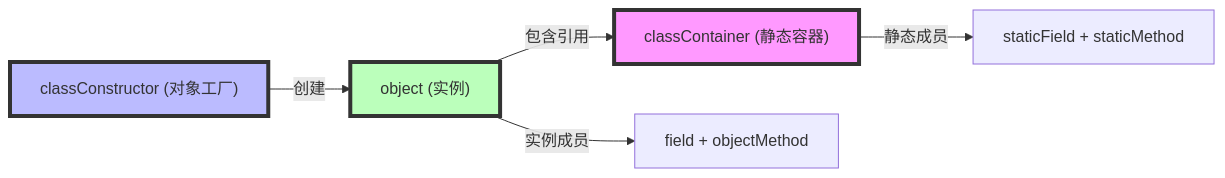
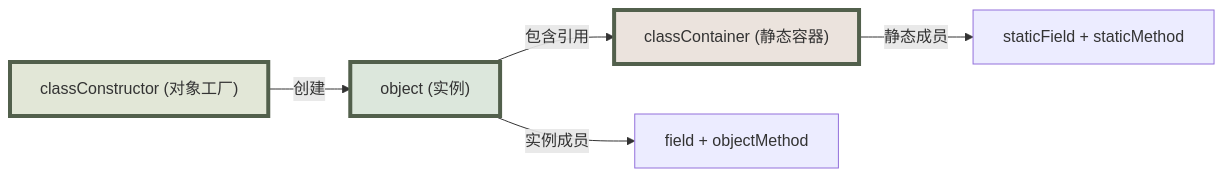
One commit to yaklang/ssa.to changed the first of 12 diagrams in static-analysis-guide/deep-dive-into-ssa-oop.mdx. Above: the diagram before and after it, drawn with Mermaid. The commit also changed other lines of this file and 91 other files, not shown here.

````diff
--- a/static-analysis-guide/deep-dive-into-ssa-oop.mdx
+++ b/static-analysis-guide/deep-dive-into-ssa-oop.mdx
@@ -117,16 +125,16 @@
 ```mermaid
 graph LR
     A["classContainer (静态容器)"]
     B["classConstructor (对象工厂)"]
     C["object (实例)"]
     
     A -->|"静态成员"| D["staticField + staticMethod"]
     B -->|"创建"| C
     C -->|"包含引用"| A
     C -->|"实例成员"| E["field + objectMethod"]
     
-    style A fill:#f9f,stroke:#333,stroke-width:4px
-    style B fill:#bbf,stroke:#333,stroke-width:4px
-    style C fill:#bfb,stroke:#333,stroke-width:4px
+    style A fill:#ebe3dd,stroke:#52604c,stroke-width:4px
+    style B fill:#e2e7d7,stroke:#52604c,stroke-width:4px
+    style C fill:#dce7dc,stroke:#52604c,stroke-width:4px
 
 ```
````
